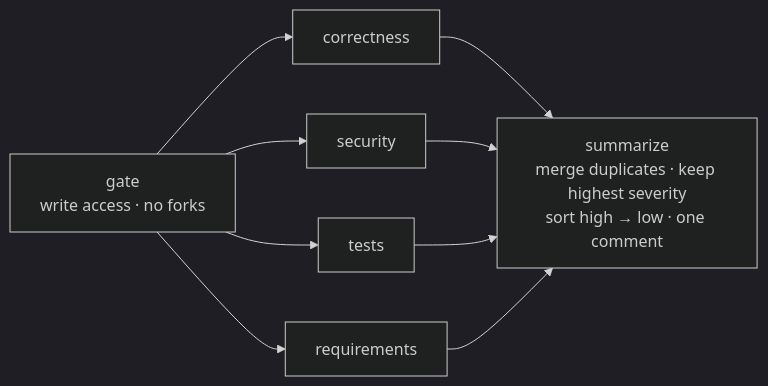
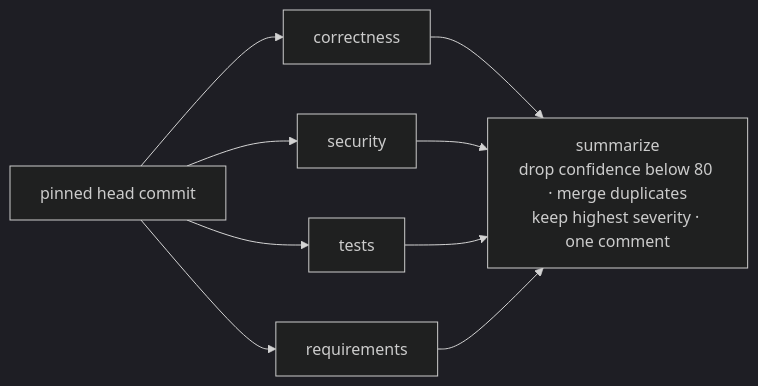
The third of 3 diagrams in docs/architecture.md (jmcfadden27/claude-code-dev-pipeline), drawn with Mermaid (dark theme) before and after one commit. The commit also changed other lines of this file and 39 other files, not shown here.

Commit message:
feat(pipeline): run every command from one workflow with a status comment and reactions

````diff
--- a/docs/architecture.md
+++ b/docs/architecture.md
@@ -167,8 +130,8 @@
 ```mermaid
 flowchart LR
-    G[gate<br/>write access · no forks] --> C1[correctness]
+    G[pinned head commit] --> C1[correctness]
     G --> C2[security]
     G --> C3[tests]
     G --> C4[requirements]
-    C1 & C2 & C3 & C4 --> S[summarize<br/>merge duplicates · keep highest severity<br/>sort high → low · one comment]
+    C1 & C2 & C3 & C4 --> S[summarize<br/>drop confidence below 80 · merge duplicates<br/>keep highest severity · one comment]
 ```
````
